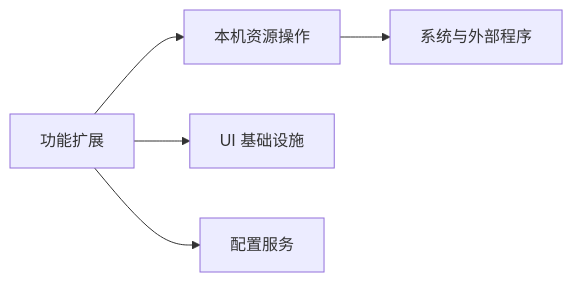
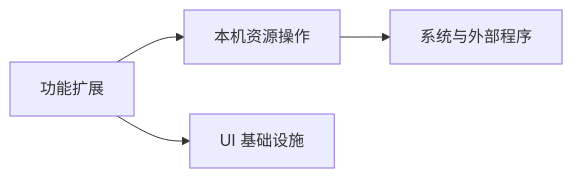
Before and after one commit to aqua2k1/pi-kits: the diagram in shared/README.md, drawn with Mermaid. The commit also changed other lines of this file and 38 other files, not shown here.

````diff
--- a/shared/README.md
+++ b/shared/README.md
@@ -9,7 +9,6 @@
 ```mermaid
 flowchart LR
   A["功能扩展"] --> B["本机资源操作"]
   A --> D["UI 基础设施"]
-  A --> E["配置服务"]
   B --> F["系统与外部程序"]
 ```
````
